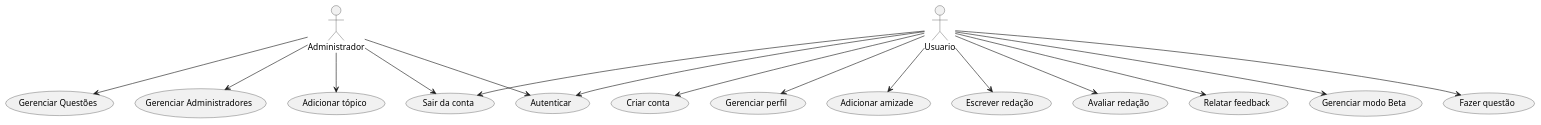
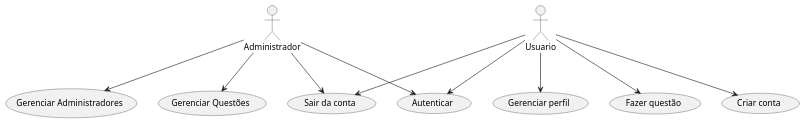
The diagram in docs/casos-de-uso/casos-editavel.puml (Isaque-Ias/Trabalho-Final-APOO), drawn with PlantUML before and after one commit. The commit also changed 24 other files, not shown here.

Commit message:
diagramas

```diff
--- a/docs/casos-de-uso/casos-editavel.puml
+++ b/docs/casos-de-uso/casos-editavel.puml
@@ -1,34 +1,24 @@
 @startuml
+
 "Usuario" as user
 "Administrador" as adm
 
 "Autenticar" as (auth)
 "Gerenciar Questões" as (g_quest)
 "Gerenciar Administradores" as (g_adm)
 "Sair da conta" as (exit_user)
 "Gerenciar perfil" as (g_user)
-"Adicionar amizade" as (add_friend)
-"Escrever redação" as (write_r)
-"Avaliar redação" as (rate_r)
-"Relatar feedback" as (feed)
-"Gerenciar modo Beta" as (beta)
 "Fazer questão" as (m_quest)
-"Adicionar tópico" as (add_topic)
 "Criar conta" as (create_user)
 
 user --> (auth)
 user --> (exit_user)
 user --> (g_user)
-user --> (add_friend)
-user --> (write_r)
-user --> (rate_r)
-user --> (feed)
-user --> (beta)
 user --> (m_quest)
 user --> (create_user)
 adm --> (auth)
 adm --> (exit_user)
 adm --> (g_quest)
 adm --> (g_adm)
-adm --> (add_topic)
+
 @enduml
```
